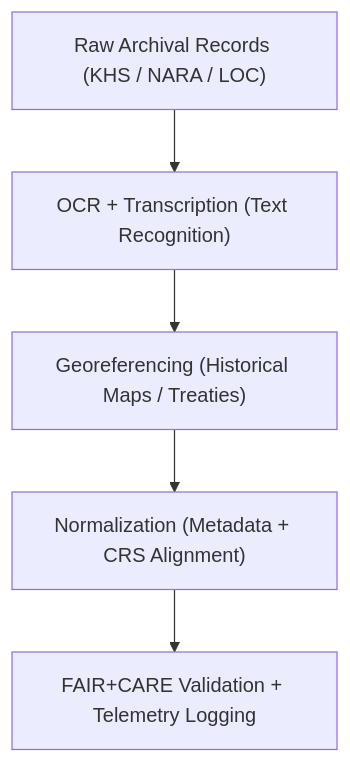
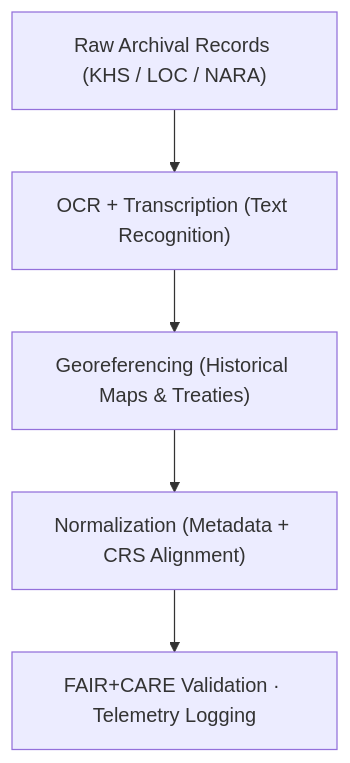
Before and after one commit to bartytime4life/Kansas-Frontier-Matrix: the diagram in docs/analyses/historical/datasets/README.md, drawn with Mermaid. The commit also changed other lines of this file, not shown here.

First line of the commit message:
Update README.md for Historical Datasets Registry

````diff
--- a/docs/analyses/historical/datasets/README.md
+++ b/docs/analyses/historical/datasets/README.md
@@ -90,7 +96,8 @@
 ```mermaid
 flowchart TD
-  A["Raw Archival Records (KHS / NARA / LOC)"] --> B["OCR + Transcription (Text Recognition)"]
-  B --> C["Georeferencing (Historical Maps / Treaties)"]
+  A["Raw Archival Records (KHS / LOC / NARA)"]
+  --> B["OCR + Transcription (Text Recognition)"]
+  B --> C["Georeferencing (Historical Maps & Treaties)"]
   C --> D["Normalization (Metadata + CRS Alignment)"]
-  D --> E["FAIR+CARE Validation + Telemetry Logging"]
+  D --> E["FAIR+CARE Validation · Telemetry Logging"]
 ```
````
